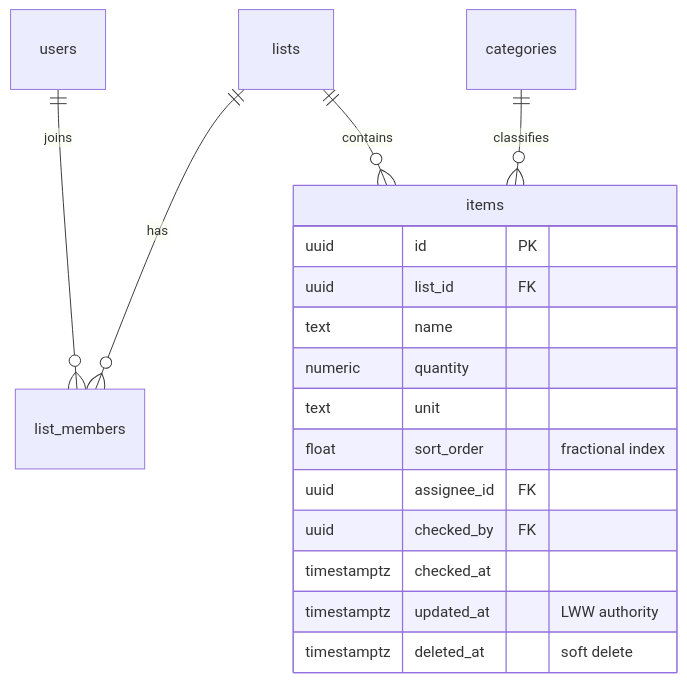
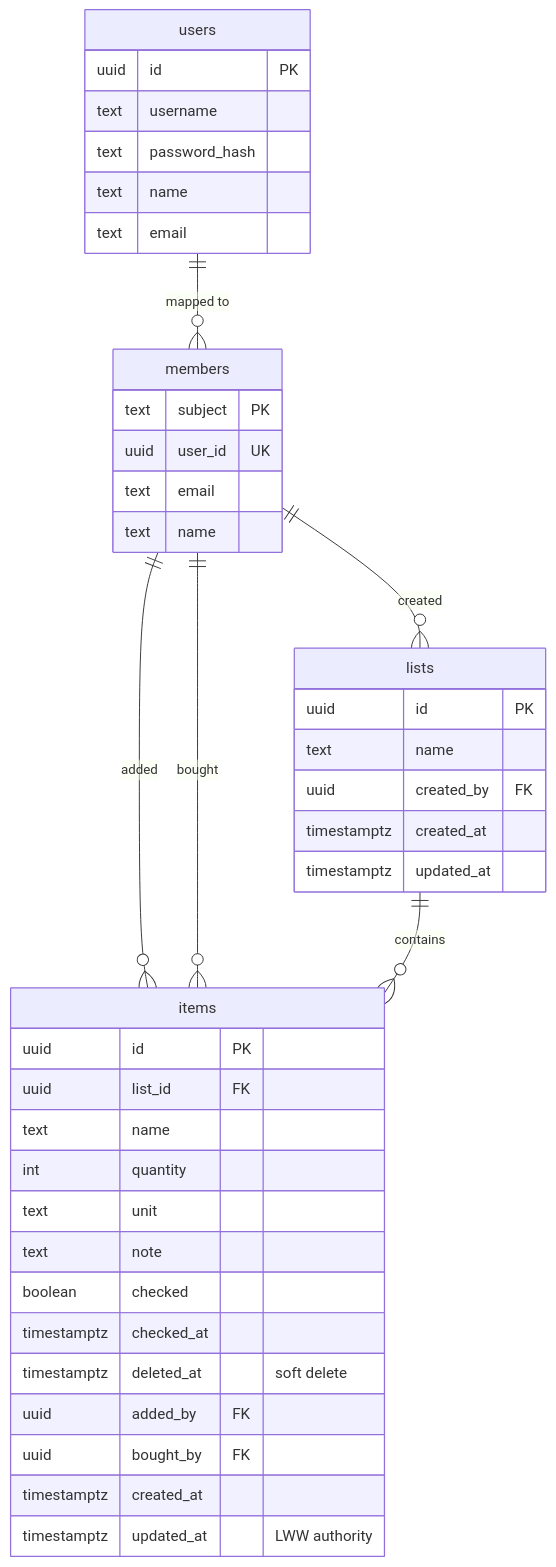
One commit to m4schini/splitkauf changed the third of 4 diagrams in docs/architecture.md. Above: the diagram before and after it, drawn with Mermaid. The commit also changed other lines of this file, not shown here.

First line of the commit message:
chore(research): update architecture.md with real state of planned features

````diff
--- a/docs/architecture.md
+++ b/docs/architecture.md
@@ -151,21 +159,47 @@
 ```mermaid
 erDiagram
-    users ||--o{ list_members : "joins"
-    lists ||--o{ list_members : "has"
+    users ||--o{ members : "mapped to"
+    members ||--o{ lists : "created"
+    members ||--o{ items : "added"
+    members ||--o{ items : "bought"
     lists ||--o{ items : "contains"
-    categories ||--o{ items : "classifies"
+
+    users {
+        uuid id PK
+        text username
+        text password_hash
+        text name
+        text email
+    }
+
+    members {
+        text subject PK
+        uuid user_id UK
+        text email
+        text name
+    }
+
+    lists {
+        uuid id PK
+        text name
+        uuid created_by FK
+        timestamptz created_at
+        timestamptz updated_at
+    }
 
     items {
         uuid id PK
         uuid list_id FK
         text name
-        numeric quantity
+        int quantity
         text unit
-        float sort_order "fractional index"
-        uuid assignee_id FK
-        uuid checked_by FK
+        text note
+        boolean checked
         timestamptz checked_at
+        timestamptz deleted_at "soft delete"
+        uuid added_by FK
+        uuid bought_by FK
+        timestamptz created_at
         timestamptz updated_at "LWW authority"
-        timestamptz deleted_at "soft delete"
     }
 ```
````
